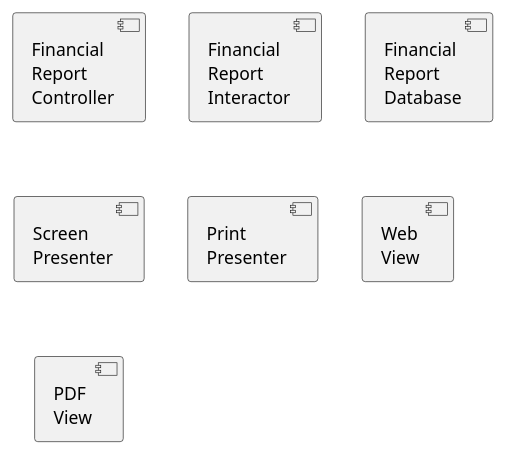
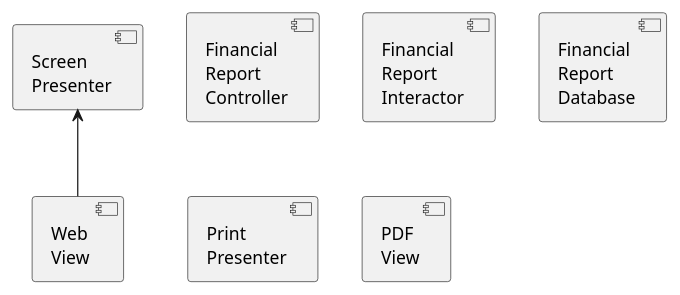
One commit to huland/logseq-notes changed the fourth of 4 diagrams in pages/Robert C. Martin - Clean Architecture A Craftsman's Guide to Software Structure and Design.md. Above: the diagram before and after it, drawn with PlantUML.

Commit message:
Auto saved by Logseq

```diff
--- a/pages/Robert C. Martin - Clean Architecture A Craftsman's Guide to Software Structure and Design.md
+++ b/pages/Robert C. Martin - Clean Architecture A Craftsman's Guide to Software Structure and Design.md
@@ -298,14 +298,14 @@
 					  @startuml
 					  
 					  component "Financial \nReport \nController" as financial_report_controller
 					   component "Financial \nReport \nInteractor" as financial_report_interactor
 					   component "Financial \nReport \nDatabase" as financial_report_database
 					   component "Screen \nPresenter" as screen_presenter
 					   component "Print \nPresenter" as print_presenter
 					   component "Web \nView" as web_view
 					   component "PDF \nView" as pdf_view
 					   
-					  
+					  web_view -u-> screen_presenter
 					  
 					  
 					  @enduml
```
